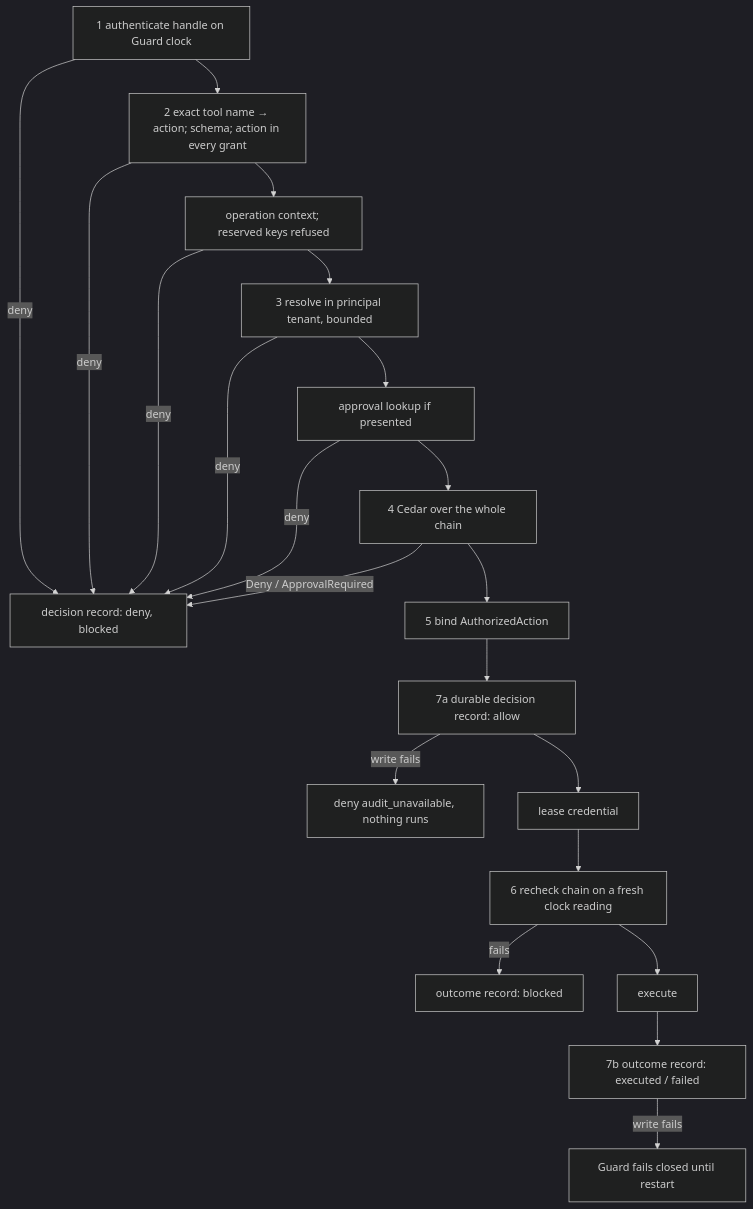
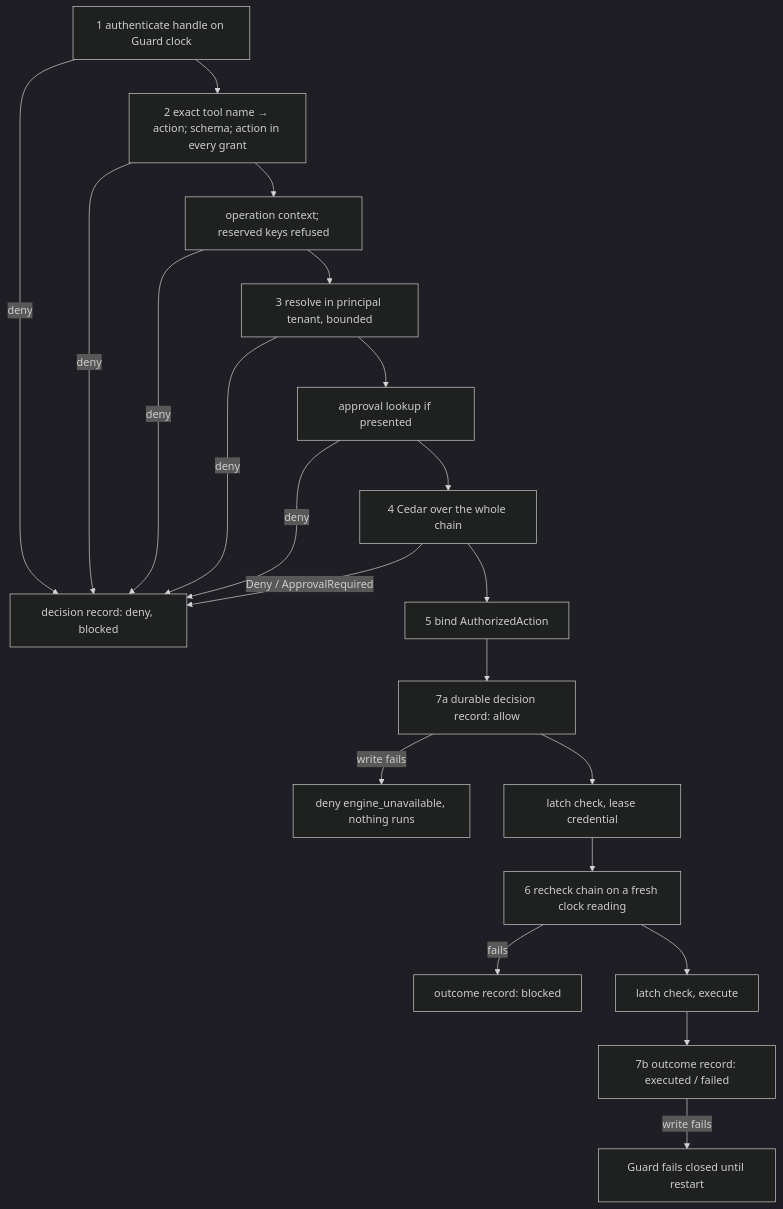
One commit to mfaulk/crom-rs changed the diagram in docs/guard/pipeline.md. Above: the diagram before and after it, drawn with Mermaid (dark theme). The commit also changed other lines of this file and 8 other files, not shown here.

First line of the commit message:
fix(guard): close schema, cancellation, and drop-panic gaps in the pipeline

````diff
--- a/docs/guard/pipeline.md
+++ b/docs/guard/pipeline.md
@@ -31,23 +31,23 @@
 ```mermaid
 flowchart TD
   A[1 authenticate handle on Guard clock] -->|deny| X[decision record: deny, blocked]
   A --> B[2 exact tool name → action; schema; action in every grant]
   B -->|deny| X
   B --> C[operation context; reserved keys refused]
   C -->|deny| X
   C --> D[3 resolve in principal tenant, bounded]
   D -->|deny| X
   D --> E[approval lookup if presented]
   E -->|deny| X
   E --> F[4 Cedar over the whole chain]
   F -->|Deny / ApprovalRequired| X
   F --> G[5 bind AuthorizedAction]
   G --> H[7a durable decision record: allow]
-  H -->|write fails| U[deny audit_unavailable, nothing runs]
-  H --> I[lease credential]
+  H -->|write fails| U[deny engine_unavailable, nothing runs]
+  H --> I[latch check, lease credential]
   I --> J[6 recheck chain on a fresh clock reading]
   J -->|fails| Y[outcome record: blocked]
-  J --> K[execute]
+  J --> K[latch check, execute]
   K --> L[7b outcome record: executed / failed]
   L -->|write fails| Z[Guard fails closed until restart]
 ```
````
